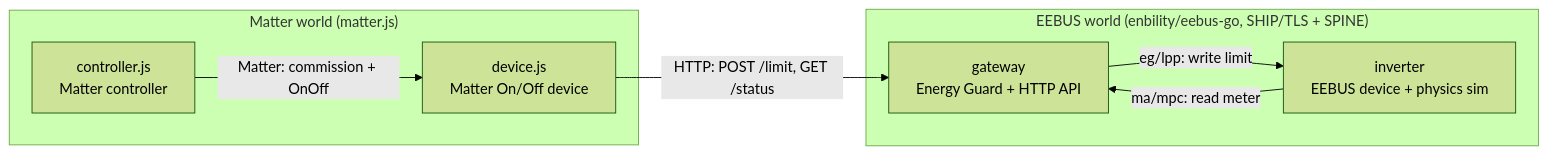
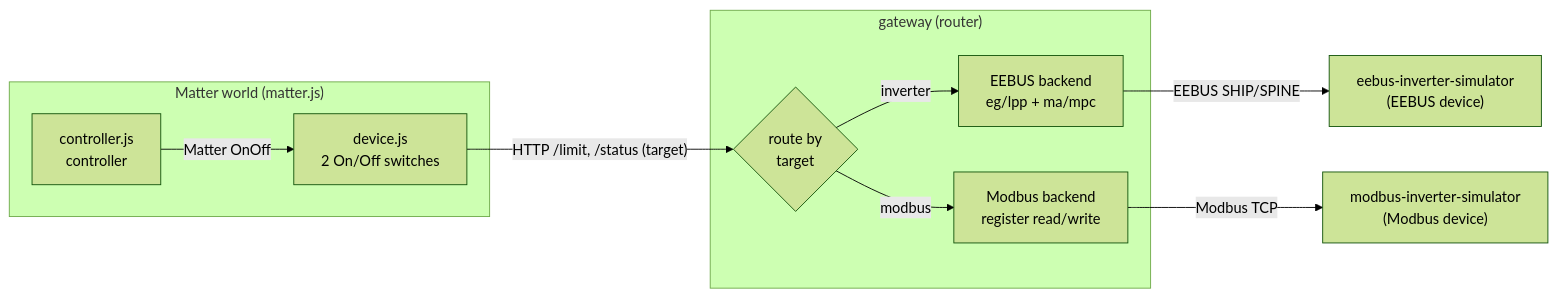
One commit to hamzayogurtcuoglu/energy-gateway changed the diagram in README.md. Above: the diagram before and after it, drawn with Mermaid (forest theme). The commit also changed other lines of this file and 10 other files, not shown here.

Commit message:
feat: implement multi-protocol gateway supporting EEBUS and Modbus

````diff
--- a/README.md
+++ b/README.md
@@ -84,16 +97,21 @@
 ```mermaid
 flowchart LR
     subgraph matter["Matter world (matter.js)"]
-        C["controller.js<br/>Matter controller"]
-        D["device.js<br/>Matter On/Off device"]
+        C["controller.js<br/>controller"]
+        D["device.js<br/>2 On/Off switches"]
     end
-    subgraph eebus["EEBUS world (enbility/eebus-go, SHIP/TLS + SPINE)"]
-        G["gateway<br/>Energy Guard + HTTP API"]
-        I["inverter<br/>EEBUS device + physics sim"]
+    subgraph gw["gateway (router)"]
+        R{"route by<br/>target"}
+        E["EEBUS backend<br/>eg/lpp + ma/mpc"]
+        M["Modbus backend<br/>register read/write"]
     end
+    I1["eebus-inverter-simulator<br/>(EEBUS device)"]
+    I2["modbus-inverter-simulator<br/>(Modbus device)"]
 
-    C -->|"Matter: commission + OnOff"| D
-    D -->|"HTTP: POST /limit, GET /status"| G
-    G -->|"eg/lpp: write limit"| I
-    I -->|"ma/mpc: read meter"| G
+    C -->|"Matter OnOff"| D
+    D -->|"HTTP /limit, /status (target)"| R
+    R -->|inverter| E
+    R -->|modbus| M
+    E -->|"EEBUS SHIP/SPINE"| I1
+    M -->|"Modbus TCP"| I2
 ```
````
